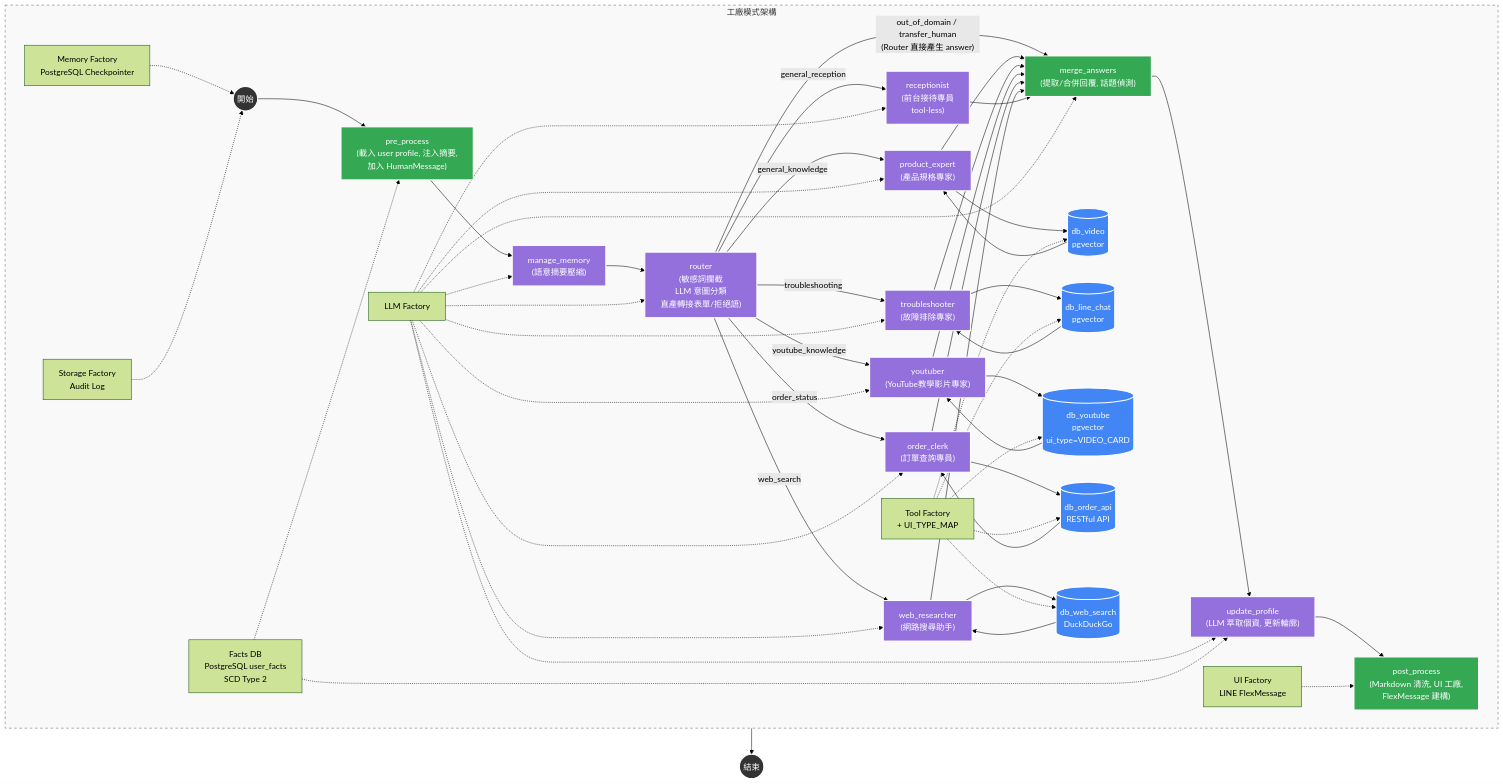
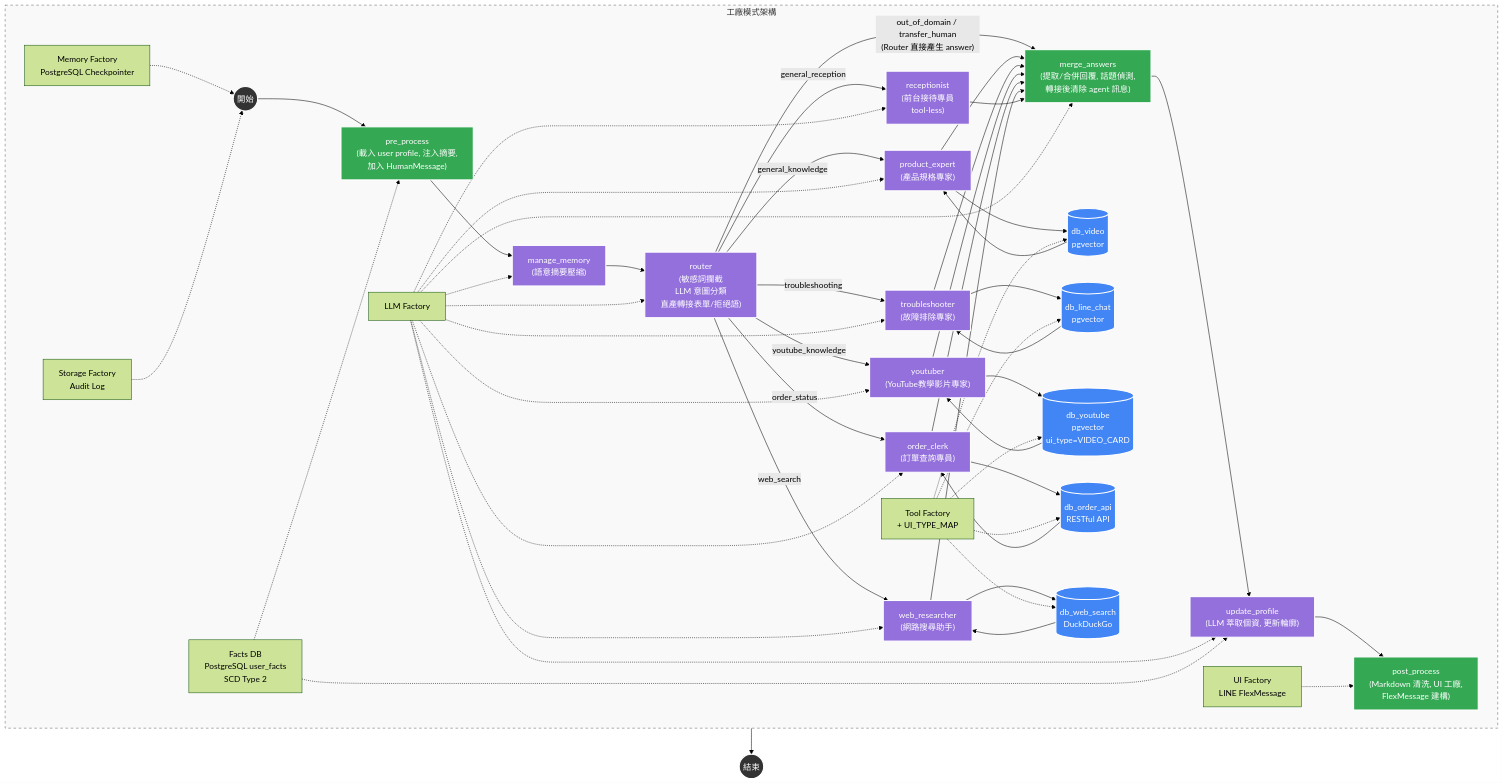
The first of 5 diagrams in docs/manuals/系統架構與流程圖.md (Imding1211/lock_AI_Agent), drawn with Mermaid (forest theme) before and after one commit. The commit also changed other lines of this file and 5 other files, not shown here.

````diff
--- a/docs/manuals/系統架構與流程圖.md
+++ b/docs/manuals/系統架構與流程圖.md
@@ -3,61 +3,61 @@
 ```mermaid
 graph TD
     %% 節點樣式定義
     classDef startEnd fill:#333,stroke:#fff,stroke-width:2px,color:#fff;
     classDef llmNode fill:#9370DB,stroke:#fff,stroke-width:2px,color:#fff;
     classDef decision fill:#ff9900,stroke:#333,stroke-width:2px;
     classDef dbNode fill:#4285f4,stroke:#fff,stroke-width:2px,color:#fff;
     classDef actionNode fill:#34a853,stroke:#fff,stroke-width:2px,color:#fff;
     classDef note fill:#f9f9f9,stroke:#666,stroke-dasharray: 5 5;
 
     %% 核心流程
     START((開始)):::startEnd --> pre_process["pre_process<br/>(載入 user profile, 注入摘要,<br/>加入 HumanMessage)"]:::actionNode
     pre_process --> manage_memory["manage_memory<br/>(語意摘要壓縮)"]:::llmNode
     manage_memory --> router["router<br/>(敏感詞攔截<br/>LLM 意圖分類<br/>直產轉接表單/拒絕語)"]:::llmNode
 
     %% 意圖分流（Send() fan-out，多意圖可平行派發）
     router -- "general_knowledge" --> PE["product_expert<br/>(產品規格專家)"]:::llmNode
     router -- "troubleshooting" --> TS["troubleshooter<br/>(故障排除專家)"]:::llmNode
     router -- "youtube_knowledge" --> YT["youtuber<br/>(YouTube教學影片專家)"]:::llmNode
     router -- "order_status" --> OC["order_clerk<br/>(訂單查詢專員)"]:::llmNode
     router -- "web_search" --> WR["web_researcher<br/>(網路搜尋助手)"]:::llmNode
     router -- "general_reception" --> RC["receptionist<br/>(前台接待專員<br/>tool-less)"]:::llmNode
     router -- "out_of_domain / transfer_human<br/>(Router 直接產生 answer)" --> merge_answers
 
     %% Agent 子圖（agent_llm ↔ tool_node 迴圈）
     PE --> PE_TOOL[("db_video<br/>pgvector")]:::dbNode
     TS --> TS_TOOL[("db_line_chat<br/>pgvector")]:::dbNode
     YT --> YT_TOOL[("db_youtube<br/>pgvector<br/>ui_type=VIDEO_CARD")]:::dbNode
     OC --> OC_TOOL[("db_order_api<br/>RESTful API")]:::dbNode
     WR --> WR_TOOL[("db_web_search<br/>DuckDuckGo")]:::dbNode
 
     PE_TOOL --> PE
     TS_TOOL --> TS
     YT_TOOL --> YT
     OC_TOOL --> OC
     WR_TOOL --> WR
 
     %% 匯流
-    PE --> merge_answers["merge_answers<br/>(提取/合併回覆, 話題偵測)"]:::actionNode
+    PE --> merge_answers["merge_answers<br/>(提取/合併回覆, 話題偵測,<br/>轉接後清除 agent 訊息)"]:::actionNode
     TS --> merge_answers
     YT --> merge_answers
     OC --> merge_answers
     WR --> merge_answers
     RC --> merge_answers
     merge_answers --> update_profile["update_profile<br/>(LLM 萃取個資, 更新輪廓)"]:::llmNode
     update_profile --> post_process["post_process<br/>(Markdown 清洗, UI 工廠,<br/>FlexMessage 建構)"]:::actionNode
     post_process --> END((結束)):::startEnd
 
     %% 底層支援
     subgraph Support_Layer [工廠模式架構]
         direction LR
         f1[LLM Factory] -.-> manage_memory & router & PE & TS & YT & OC & WR & RC & merge_answers & update_profile
         f2[Memory Factory<br/>PostgreSQL Checkpointer] -.-> START
         f3[Tool Factory<br/>+ UI_TYPE_MAP] -.-> PE_TOOL & TS_TOOL & YT_TOOL & OC_TOOL & WR_TOOL
         f4[Storage Factory<br/>Audit Log] -.-> START
         f5[Facts DB<br/>PostgreSQL user_facts<br/>SCD Type 2] -.-> pre_process & update_profile
         f6[UI Factory<br/>LINE FlexMessage] -.-> post_process
     end
     class Support_Layer note
 
 ```
````
